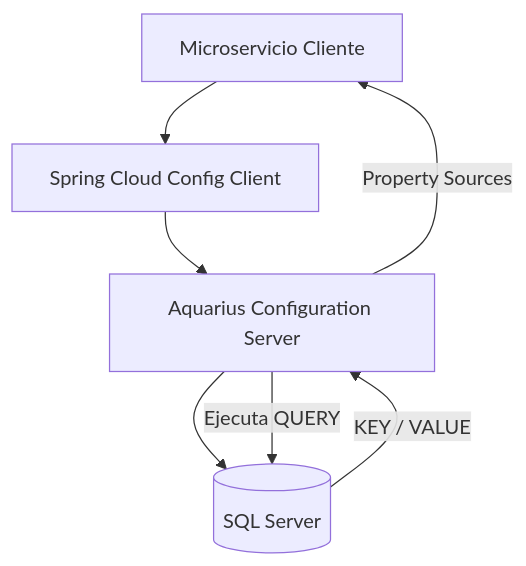
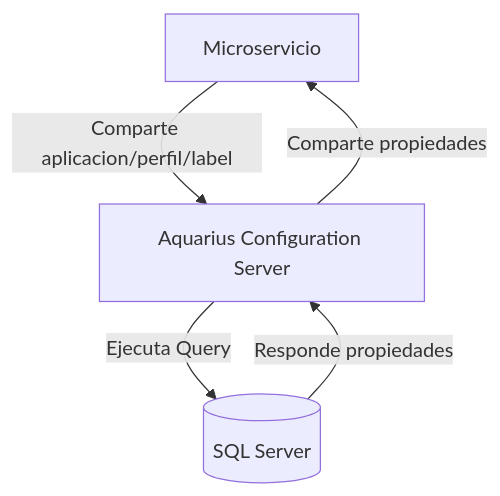
One commit to KVTLabs/aquarius-configuration-server changed the diagram in README.md. Above: the diagram before and after it, drawn with Mermaid. The commit also changed 3 other files, not shown here.

````diff
--- a/README.md
+++ b/README.md
@@ -228,10 +228,7 @@
 ```mermaid
 flowchart TD
-    A[Microservicio Cliente] --> B[Spring Cloud Config Client]
-    B --> C[Aquarius Configuration Server]
-    C --> D[(SQL Server)]
-
-    C -->|Ejecuta QUERY| D
-    D -->|KEY / VALUE| C
-    C -->|Property Sources| A
+    A[Microservicio] -->|Comparte aplicacion/perfil/label| B[Aquarius Configuration Server]
+    B -->|Ejecuta Query| C[(SQL Server)]
+    C -->|Responde propiedades| B
+    B -->|Comparte propiedades| A
 ```
````
